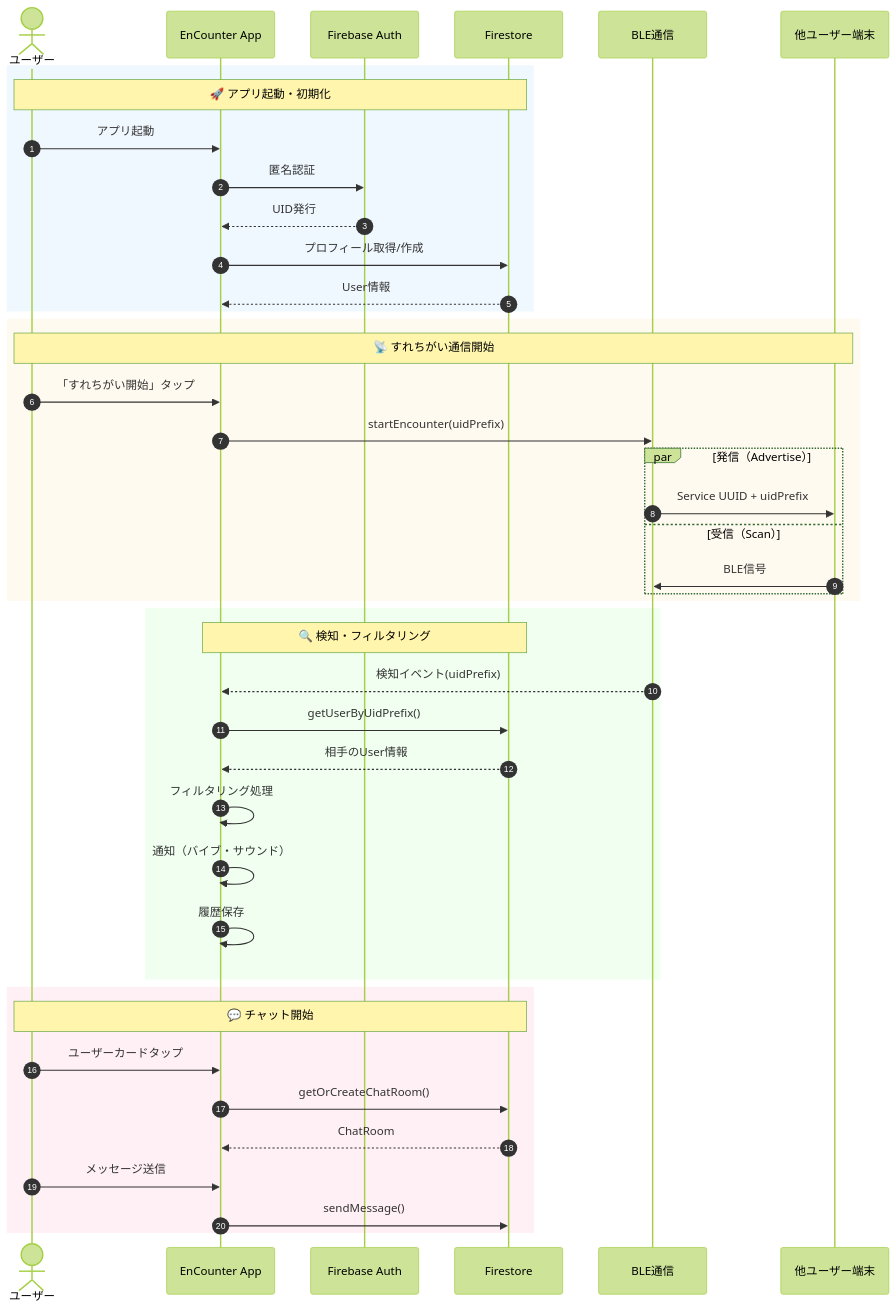
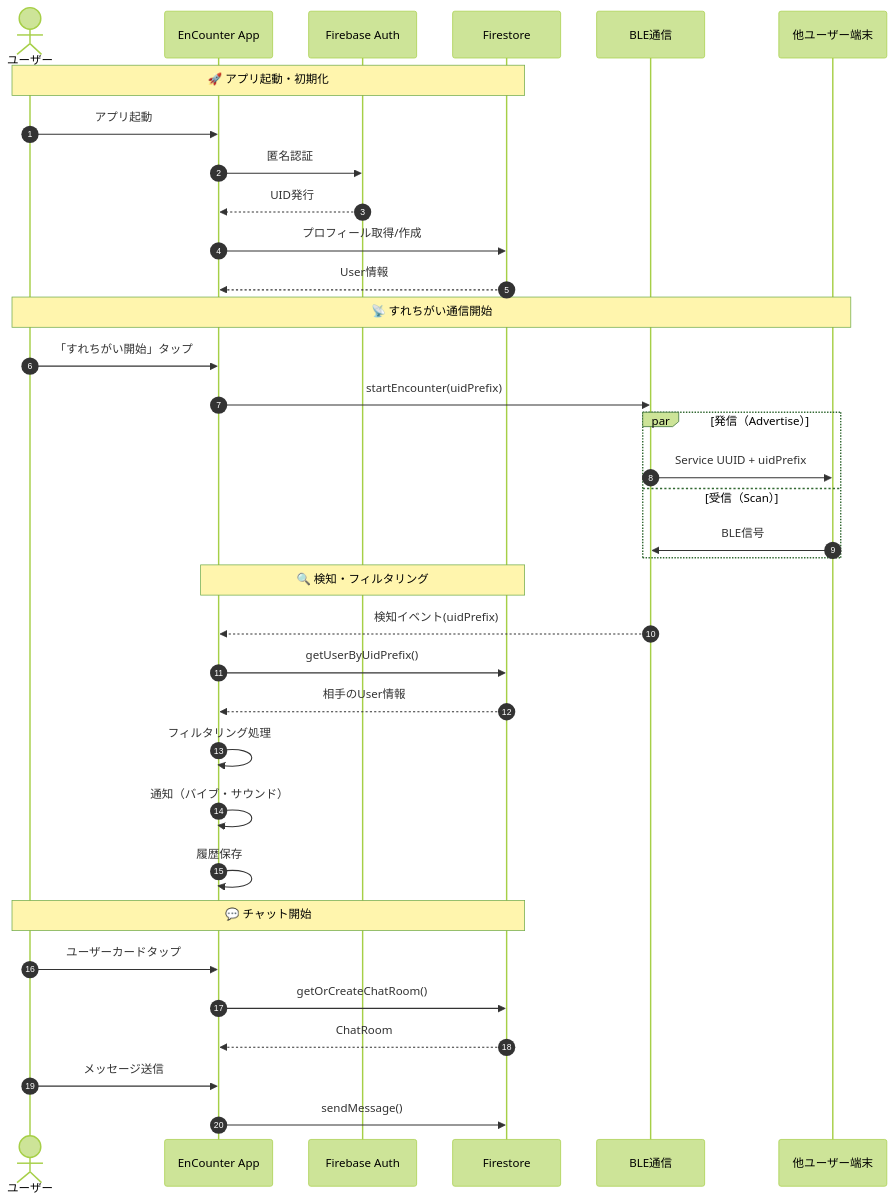
The first of 14 diagrams in docs/backend-specification.md (razy6174/EnCounter), drawn with Mermaid (forest theme) before and after one commit. The commit also changed other lines of this file and 1 other file, not shown here.

Commit message:
docs: 不要なスタイルを削除し、フローチャートの可読性を向上

````diff
--- a/docs/backend-specification.md
+++ b/docs/backend-specification.md
@@ -33,50 +33,42 @@
 ```mermaid
 sequenceDiagram
     autonumber
     actor User as ユーザー
     participant App as EnCounter App
     participant Auth as Firebase Auth
     participant DB as Firestore
     participant BLE as BLE通信
     participant Other as 他ユーザー端末
 
-    rect rgb(240, 248, 255)
-        Note over User,DB: 🚀 アプリ起動・初期化
-        User->>App: アプリ起動
-        App->>Auth: 匿名認証
-        Auth-->>App: UID発行
-        App->>DB: プロフィール取得/作成
-        DB-->>App: User情報
+    Note over User,DB: 🚀 アプリ起動・初期化
+    User->>App: アプリ起動
+    App->>Auth: 匿名認証
+    Auth-->>App: UID発行
+    App->>DB: プロフィール取得/作成
+    DB-->>App: User情報
+
+    Note over User,Other: 📡 すれちがい通信開始
+    User->>App: 「すれちがい開始」タップ
+    App->>BLE: startEncounter(uidPrefix)
+    
+    par 発信（Advertise）
+        BLE->>Other: Service UUID + uidPrefix
+    and 受信（Scan）
+        Other->>BLE: BLE信号
     end
 
-    rect rgb(255, 250, 240)
-        Note over User,Other: 📡 すれちがい通信開始
-        User->>App: 「すれちがい開始」タップ
-        App->>BLE: startEncounter(uidPrefix)
-        
-        par 発信（Advertise）
-            BLE->>Other: Service UUID + uidPrefix
-        and 受信（Scan）
-            Other->>BLE: BLE信号
-        end
-    end
+    Note over App,DB: 🔍 検知・フィルタリング
+    BLE-->>App: 検知イベント(uidPrefix)
+    App->>DB: getUserByUidPrefix()
+    DB-->>App: 相手のUser情報
+    App->>App: フィルタリング処理
+    App->>App: 通知（バイブ・サウンド）
+    App->>App: 履歴保存
 
-    rect rgb(240, 255, 240)
-        Note over App,DB: 🔍 検知・フィルタリング
-        BLE-->>App: 検知イベント(uidPrefix)
-        App->>DB: getUserByUidPrefix()
-        DB-->>App: 相手のUser情報
-        App->>App: フィルタリング処理
-        App->>App: 通知（バイブ・サウンド）
-        App->>App: 履歴保存
-    end
-
-    rect rgb(255, 240, 245)
-        Note over User,DB: 💬 チャット開始
-        User->>App: ユーザーカードタップ
-        App->>DB: getOrCreateChatRoom()
-        DB-->>App: ChatRoom
-        User->>App: メッセージ送信
-        App->>DB: sendMessage()
-    end
+    Note over User,DB: 💬 チャット開始
+    User->>App: ユーザーカードタップ
+    App->>DB: getOrCreateChatRoom()
+    DB-->>App: ChatRoom
+    User->>App: メッセージ送信
+    App->>DB: sendMessage()
 ```
````
